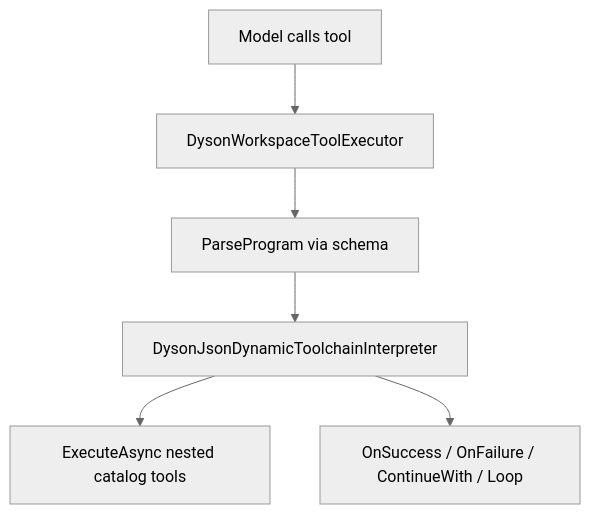
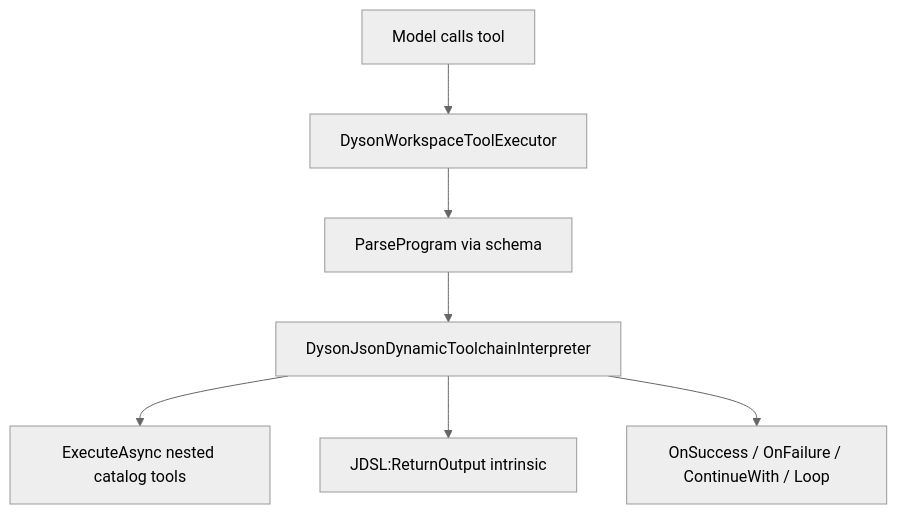
One commit to EntitySystems/DysonHarness changed the diagram in docs/engine/json-dynamic-toolchain.md. Above: the diagram before and after it, drawn with Mermaid (neutral theme). The commit also changed other lines of this file and 8 other files, not shown here.

Commit message:
Add JDSL-only JDSL:ReturnOutput so programs can return output to the caller model with a returned flag and slim transcript, plus docs/tests and a leaner session header.

````diff
--- a/docs/engine/json-dynamic-toolchain.md
+++ b/docs/engine/json-dynamic-toolchain.md
@@ -46,8 +55,9 @@
 ```mermaid
 flowchart TD
   Model["Model calls tool"] --> Exec["DysonWorkspaceToolExecutor"]
   Exec --> Parse["ParseProgram via schema"]
   Parse --> Interp["DysonJsonDynamicToolchainInterpreter"]
   Interp --> Dispatch["ExecuteAsync nested catalog tools"]
+  Interp --> Return["JDSL:ReturnOutput intrinsic"]
   Interp --> Branch["OnSuccess / OnFailure / ContinueWith / Loop"]
 ```
````
